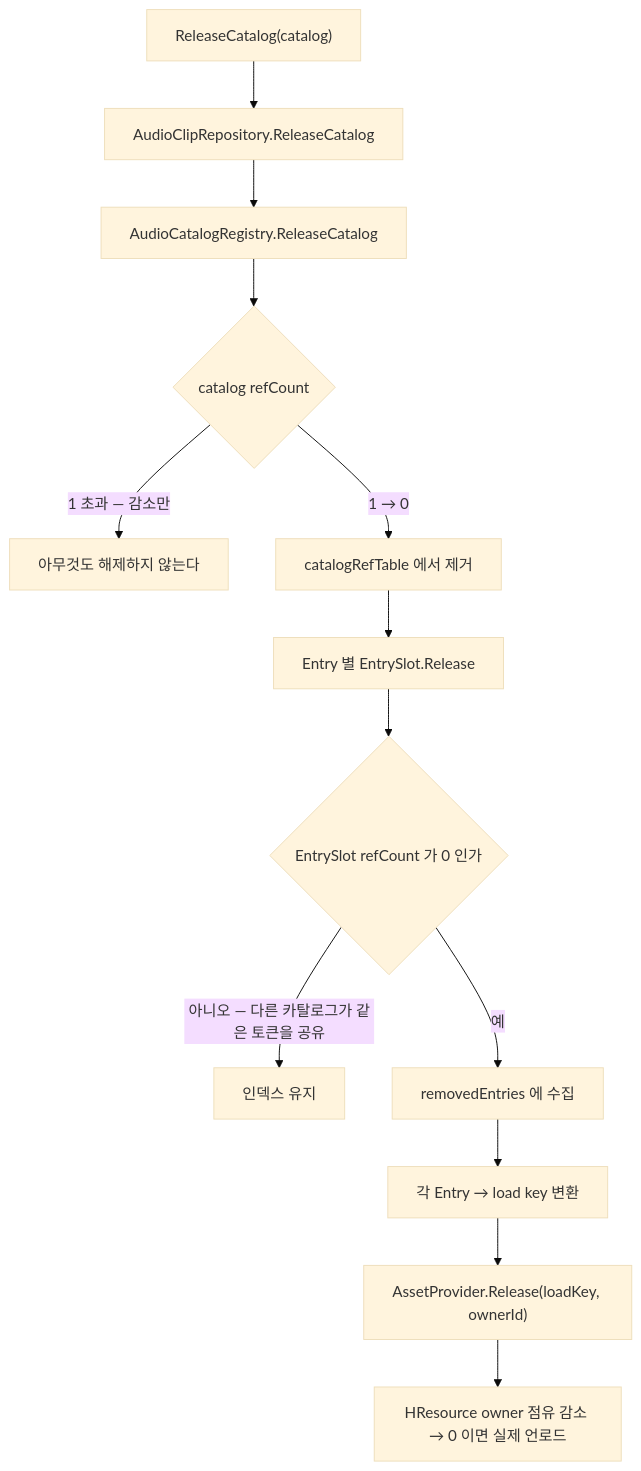
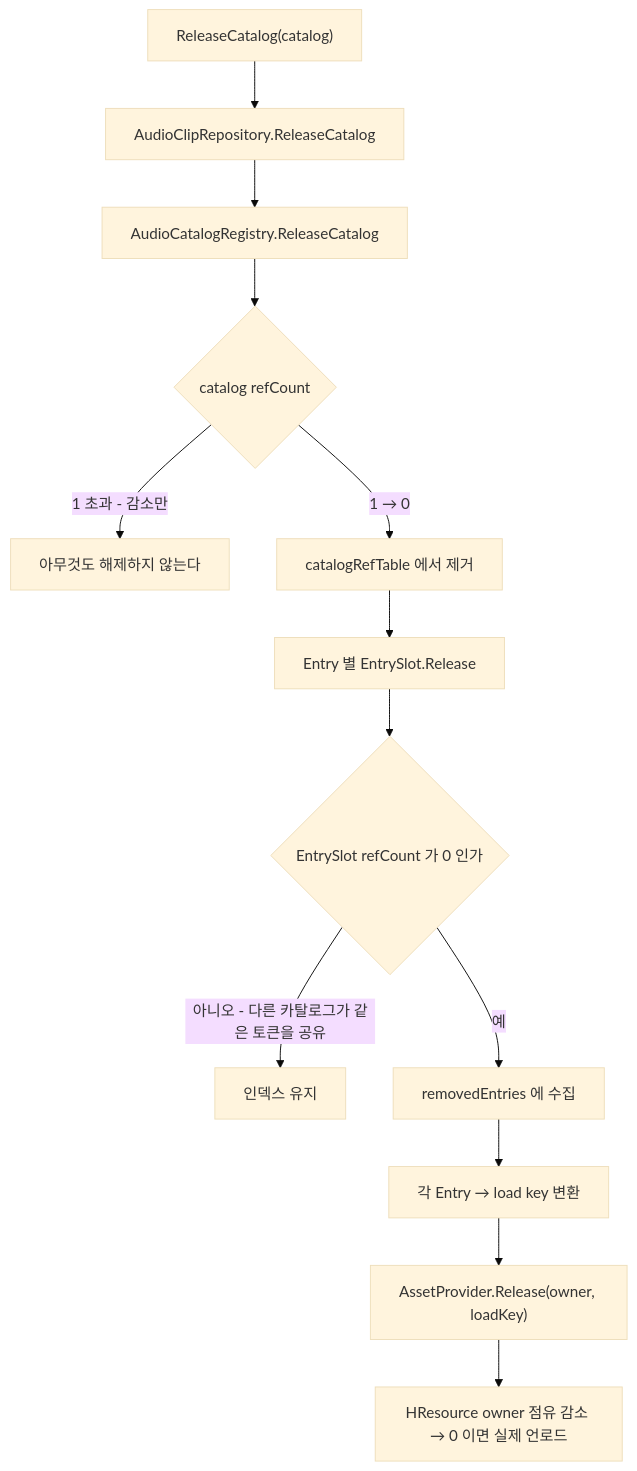
One commit to HoHong123/HCUP-Unity changed the fifth of 9 diagrams in HAudio/Runtime/README.md. Above: the diagram before and after it, drawn with Mermaid (base theme). The commit also changed other lines of this file, not shown here.

````diff
--- a/HAudio/Runtime/README.md
+++ b/HAudio/Runtime/README.md
@@ -238,15 +236,15 @@
 ```mermaid
 flowchart TD
     A["ReleaseCatalog(catalog)"] --> B["AudioClipRepository.ReleaseCatalog"]
     B --> C["AudioCatalogRegistry.ReleaseCatalog"]
     C --> D{"catalog refCount"}
-    D -->|"1 초과 — 감소만"| E["아무것도 해제하지 않는다"]
+    D -->|"1 초과 - 감소만"| E["아무것도 해제하지 않는다"]
     D -->|"1 → 0"| F["catalogRefTable 에서 제거"]
     F --> G["Entry 별 EntrySlot.Release"]
     G --> H{"EntrySlot refCount 가 0 인가"}
-    H -->|"아니오 — 다른 카탈로그가 같은 토큰을 공유"| I["인덱스 유지"]
+    H -->|"아니오 - 다른 카탈로그가 같은 토큰을 공유"| I["인덱스 유지"]
     H -->|예| J["removedEntries 에 수집"]
     J --> K["각 Entry → load key 변환"]
-    K --> L["AssetProvider.Release(loadKey, ownerId)"]
+    K --> L["AssetProvider.Release(owner, loadKey)"]
     L --> M["HResource owner 점유 감소 → 0 이면 실제 언로드"]
 ```
````
